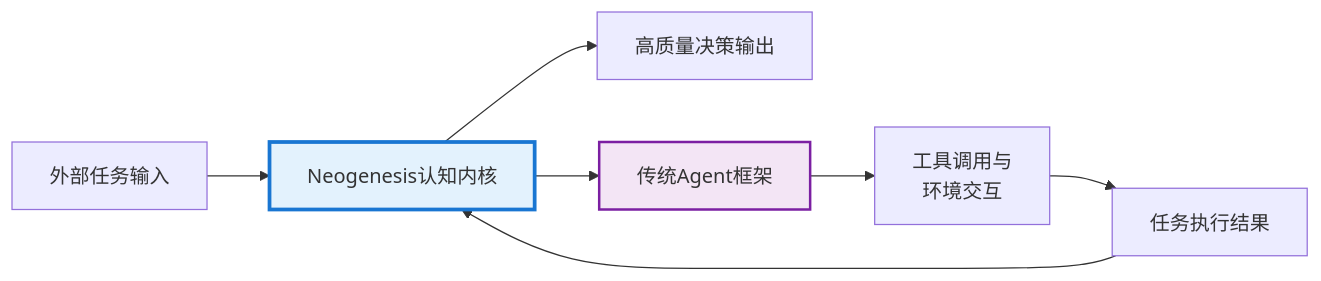
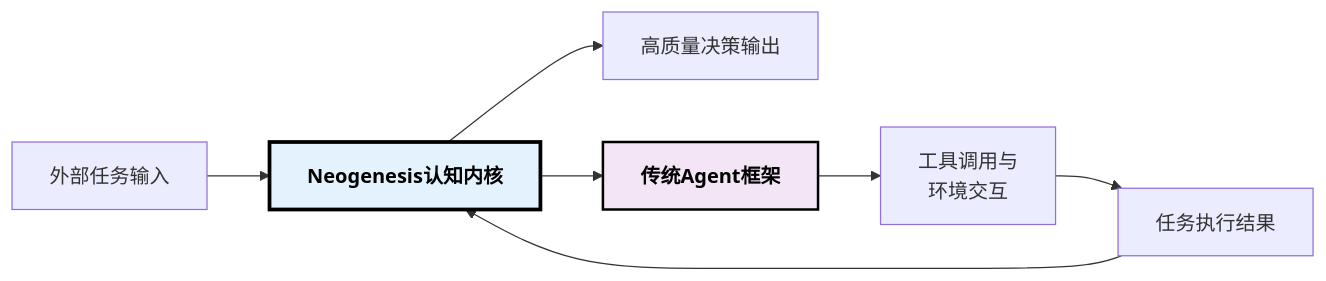
One commit to oceanusXXD/Neosgenesis changed the first of 3 diagrams in README.md. Above: the diagram before and after it, drawn with Mermaid. The commit also changed other lines of this file, not shown here.

````diff
--- a/README.md
+++ b/README.md
@@ -53,12 +54,12 @@
 ```mermaid
 flowchart LR
     A[外部任务输入] --> B[Neogenesis认知内核]
     B --> C[高质量决策输出]
     B --> D[传统Agent框架]
     D --> E[工具调用与<br>环境交互]
     E --> F[任务执行结果]
     F --> B
     
-    style B fill:#e3f2fd,stroke:#1976d2,stroke-width:3px
-    style D fill:#f3e5f5,stroke:#7b1fa2,stroke-width:2px
+    style B fill:#e3f2fd,stroke:#1976d2,stroke-width:3px,stroke:#000000,color:#000000,font-weight:bold
+    style D fill:#f3e5f5,stroke:#7b1fa2,stroke-width:2px,stroke:#000000,color:#000000,font-weight:bold
 ```
````
